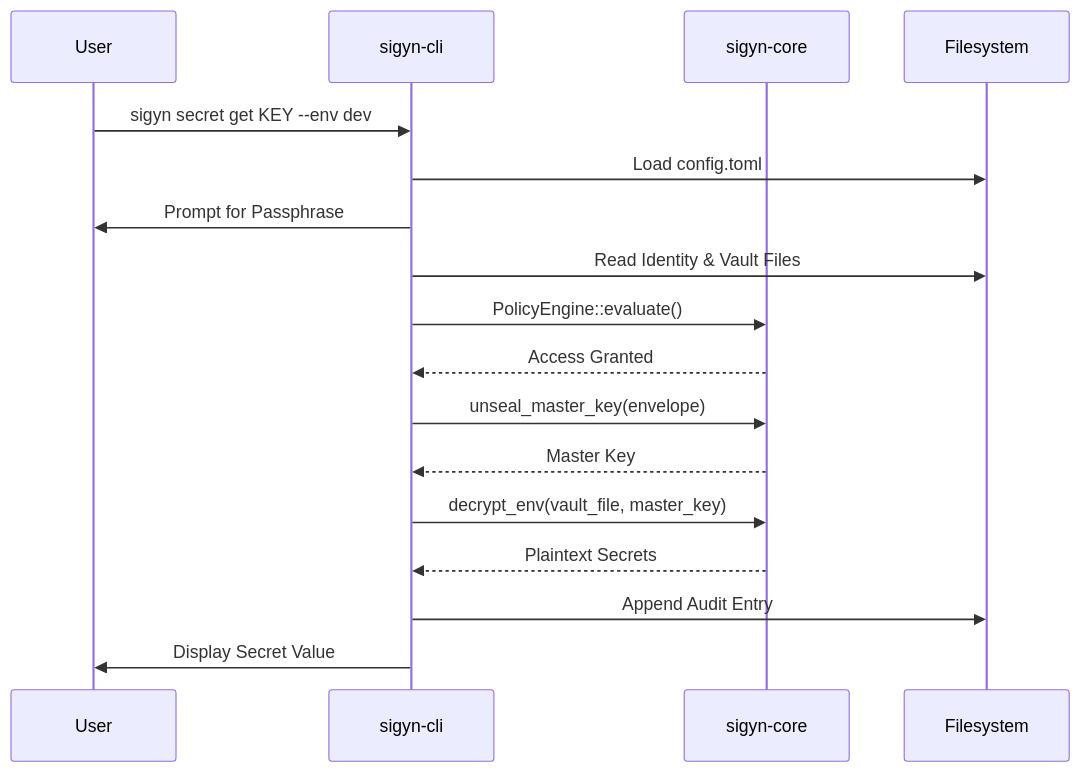
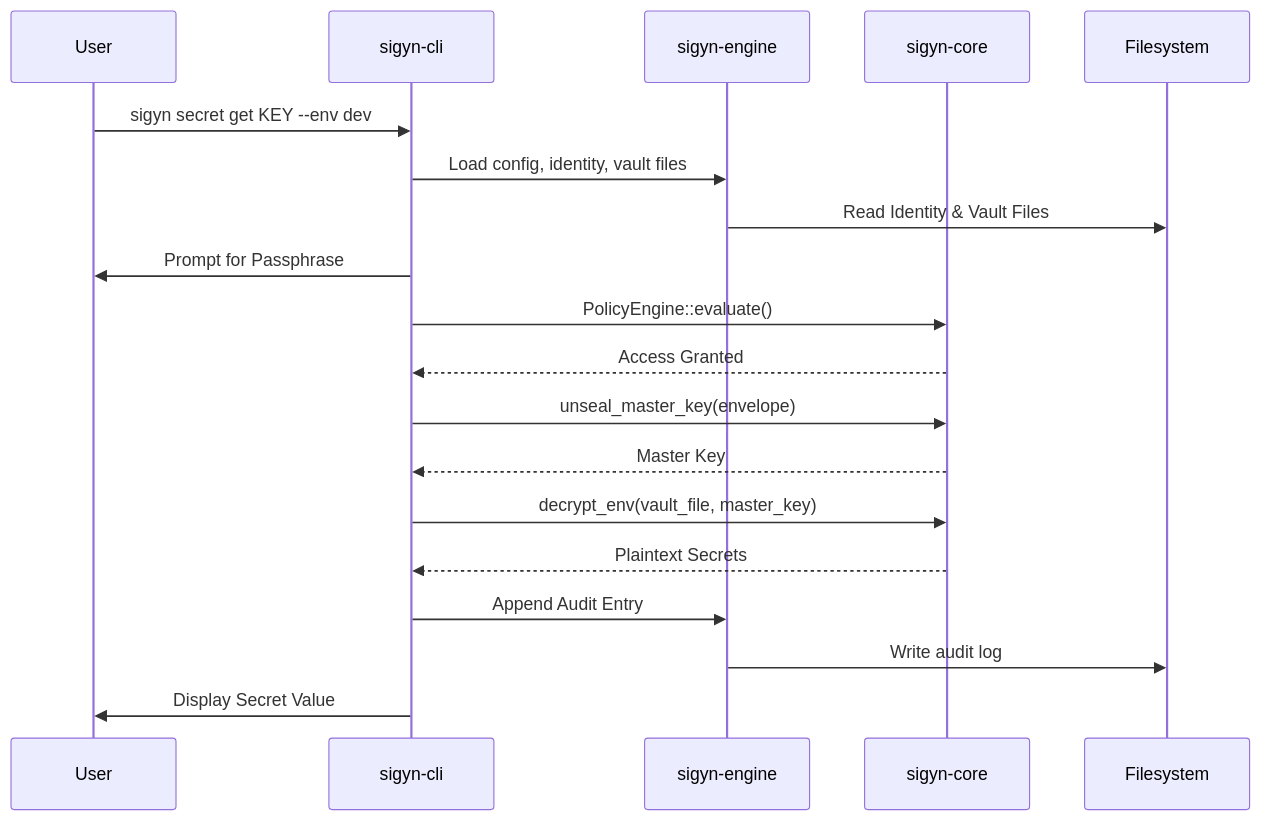
One commit to tonybenoy/sigyn changed the second of 2 diagrams in docs/architecture.md. Above: the diagram before and after it, drawn with Mermaid. The commit also changed other lines of this file and 7 other files, not shown here.

Commit message:
Expan on sigyn toml

````diff
--- a/docs/architecture.md
+++ b/docs/architecture.md
@@ -41,20 +47,22 @@
 ```mermaid
 sequenceDiagram
     participant User
     participant CLI as sigyn-cli
+    participant Engine as sigyn-engine
     participant Core as sigyn-core
     participant Disk as Filesystem
 
     User->>CLI: sigyn secret get KEY --env dev
-    CLI->>Disk: Load config.toml
+    CLI->>Engine: Load config, identity, vault files
+    Engine->>Disk: Read Identity & Vault Files
     CLI->>User: Prompt for Passphrase
-    CLI->>Disk: Read Identity & Vault Files
     CLI->>Core: PolicyEngine::evaluate()
     Core-->>CLI: Access Granted
     CLI->>Core: unseal_master_key(envelope)
     Core-->>CLI: Master Key
     CLI->>Core: decrypt_env(vault_file, master_key)
     Core-->>CLI: Plaintext Secrets
-    CLI->>Disk: Append Audit Entry
+    CLI->>Engine: Append Audit Entry
+    Engine->>Disk: Write audit log
     CLI->>User: Display Secret Value
 ```
````
